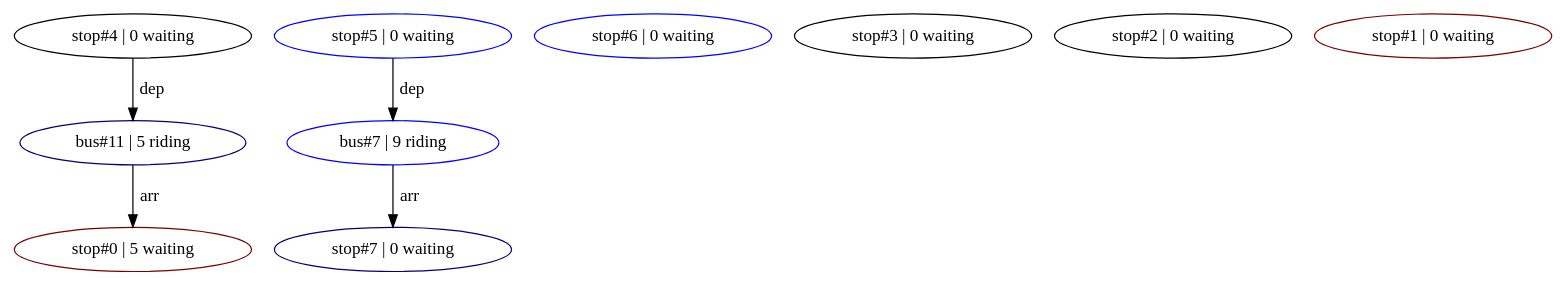
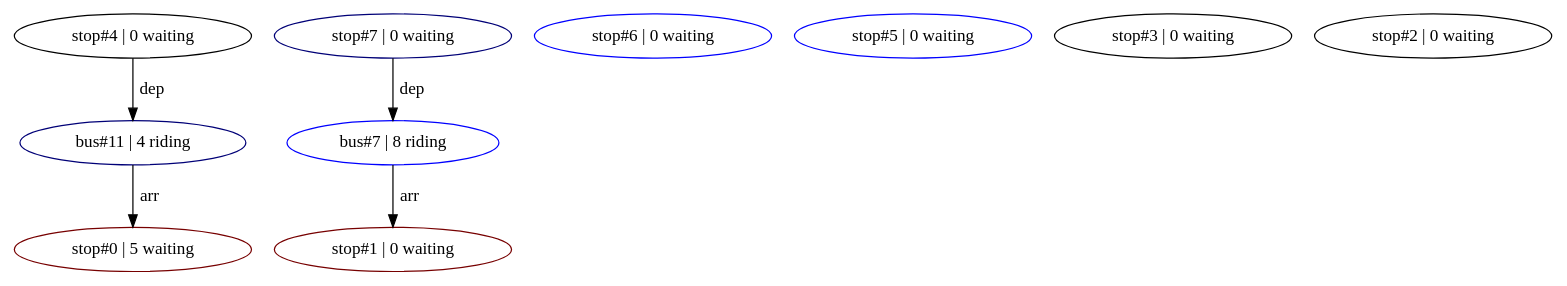
The diagram in bin/mts_digraph.dot (spmatthews03/MARTA), drawn with Graphviz before and after one commit. The commit also changed 11 other files, not shown here.

```diff
--- a/bin/mts_digraph.dot
+++ b/bin/mts_digraph.dot
@@ -1,19 +1,19 @@
 digraph G
 {
-  bus11 [ label="bus#11 | 5 riding", color="#000077"];
-  bus7 [ label="bus#7 | 9 riding", color="#0000FF"];
+  bus11 [ label="bus#11 | 4 riding", color="#000077"];
+  bus7 [ label="bus#7 | 8 riding", color="#0000FF"];
 
   stop7 [ label="stop#7 | 0 waiting", color="#000077"];
   stop6 [ label="stop#6 | 0 waiting", color="#0000FF"];
   stop5 [ label="stop#5 | 0 waiting", color="#0000FF"];
   stop4 [ label="stop#4 | 0 waiting", color="#000000"];
   stop3 [ label="stop#3 | 0 waiting", color="#000000"];
   stop2 [ label="stop#2 | 0 waiting", color="#000000"];
   stop1 [ label="stop#1 | 0 waiting", color="#770000"];
   stop0 [ label="stop#0 | 5 waiting", color="#770000"];
 
-  stop5 -> bus7 [ label=" dep" ];
-  bus7 -> stop7 [ label=" arr" ];
+  stop7 -> bus7 [ label=" dep" ];
+  bus7 -> stop1 [ label=" arr" ];
   stop4 -> bus11 [ label=" dep" ];
   bus11 -> stop0 [ label=" arr" ];
 }
```
